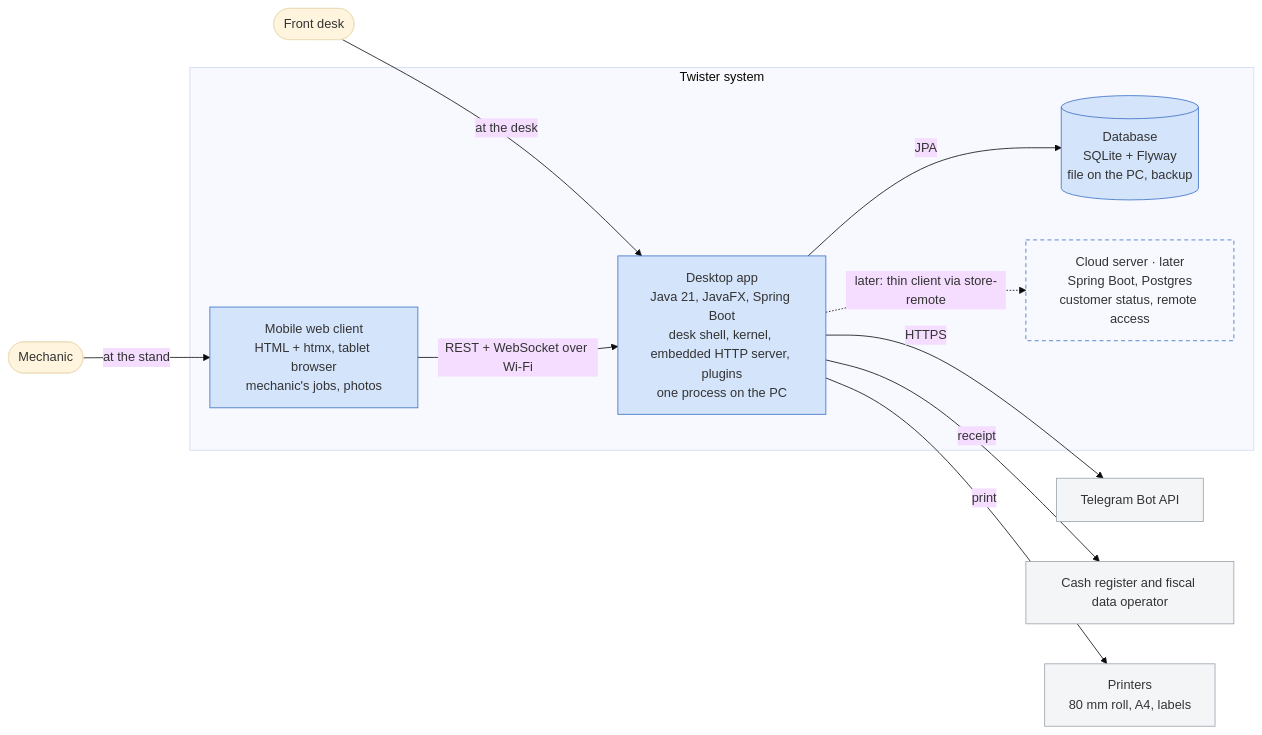
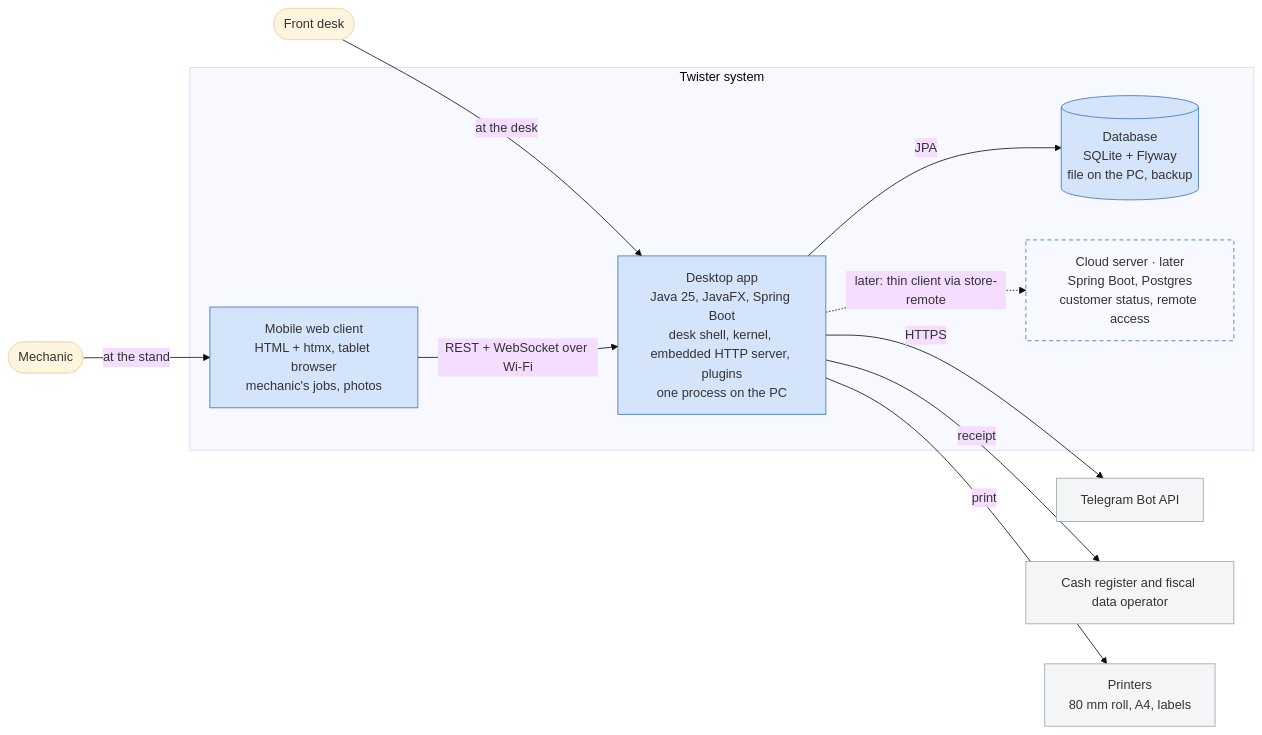
The diagram in tw-docs/diagrams/c4-2-containers.mmd (YahorSviarchkou/twister), drawn with Mermaid (base theme) before and after one commit.

Commit message:
docs(tw-docs): show Java 25 in the container diagram TW-16

```diff
--- a/tw-docs/diagrams/c4-2-containers.mmd
+++ b/tw-docs/diagrams/c4-2-containers.mmd
@@ -1,29 +1,29 @@
 %% C4 level 2: containers. Dashed: later growth option.
 flowchart LR
   desk(["Front desk"])
   mech(["Mechanic"])
   subgraph twister[Twister system]
     mobile["Mobile web client<br/>HTML + htmx, tablet browser<br/>mechanic's jobs, photos"]
-    app["Desktop app<br/>Java 21, JavaFX, Spring Boot<br/>desk shell, kernel, embedded HTTP server, plugins<br/>one process on the PC"]
+    app["Desktop app<br/>Java 25, JavaFX, Spring Boot<br/>desk shell, kernel, embedded HTTP server, plugins<br/>one process on the PC"]
     db[("Database<br/>SQLite + Flyway<br/>file on the PC, backup")]
     cloud["Cloud server · later<br/>Spring Boot, Postgres<br/>customer status, remote access"]
   end
   tg["Telegram Bot API"]
   fiscal["Cash register and fiscal data operator"]
   printers["Printers<br/>80 mm roll, A4, labels"]
 
   mech -- "at the stand" --> mobile
   desk -- "at the desk" --> app
   mobile -- "REST + WebSocket over Wi-Fi" --> app
   app -- "JPA" --> db
   app -- "HTTPS" --> tg
   app -- "receipt" --> fiscal
   app -- "print" --> printers
   app -. "later: thin client via store-remote" .-> cloud
 
   classDef ours fill:#d4e4fb,stroke:#3a6fc4
   classDef later fill:transparent,stroke:#3a6fc4,stroke-dasharray: 5 4
   classDef external fill:#f4f5f7,stroke:#9aa3ad
   class mobile,app,db ours
   class cloud later
   class tg,fiscal,printers external
```
